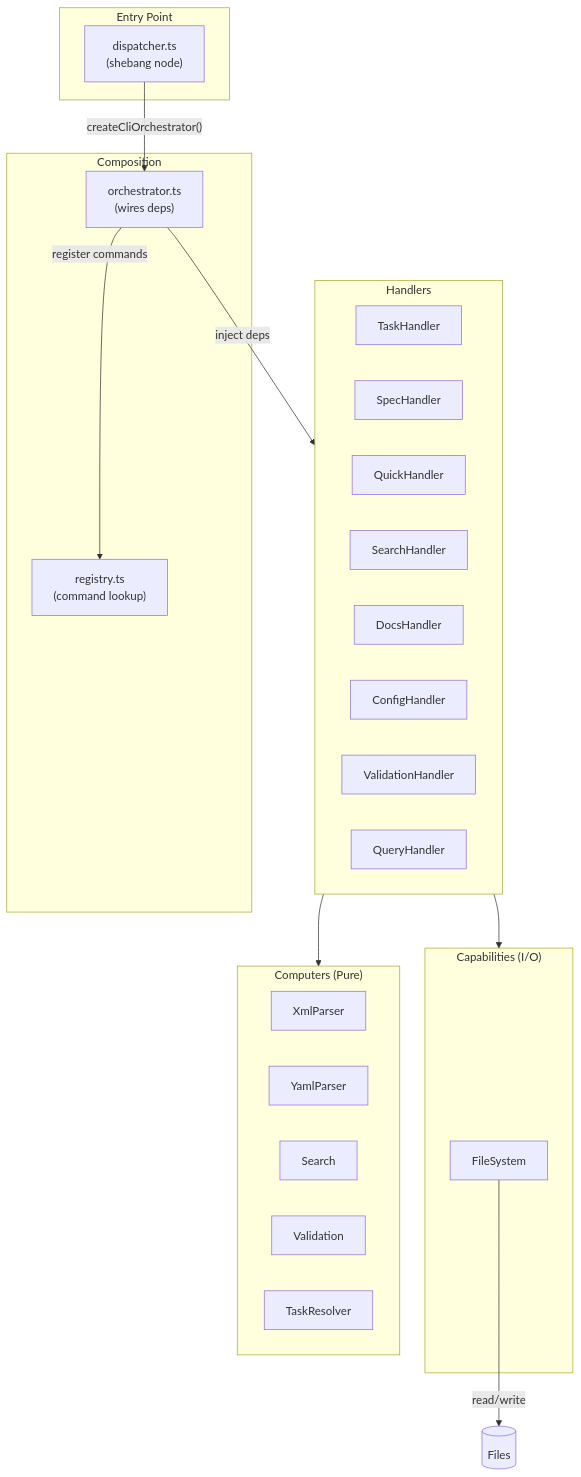
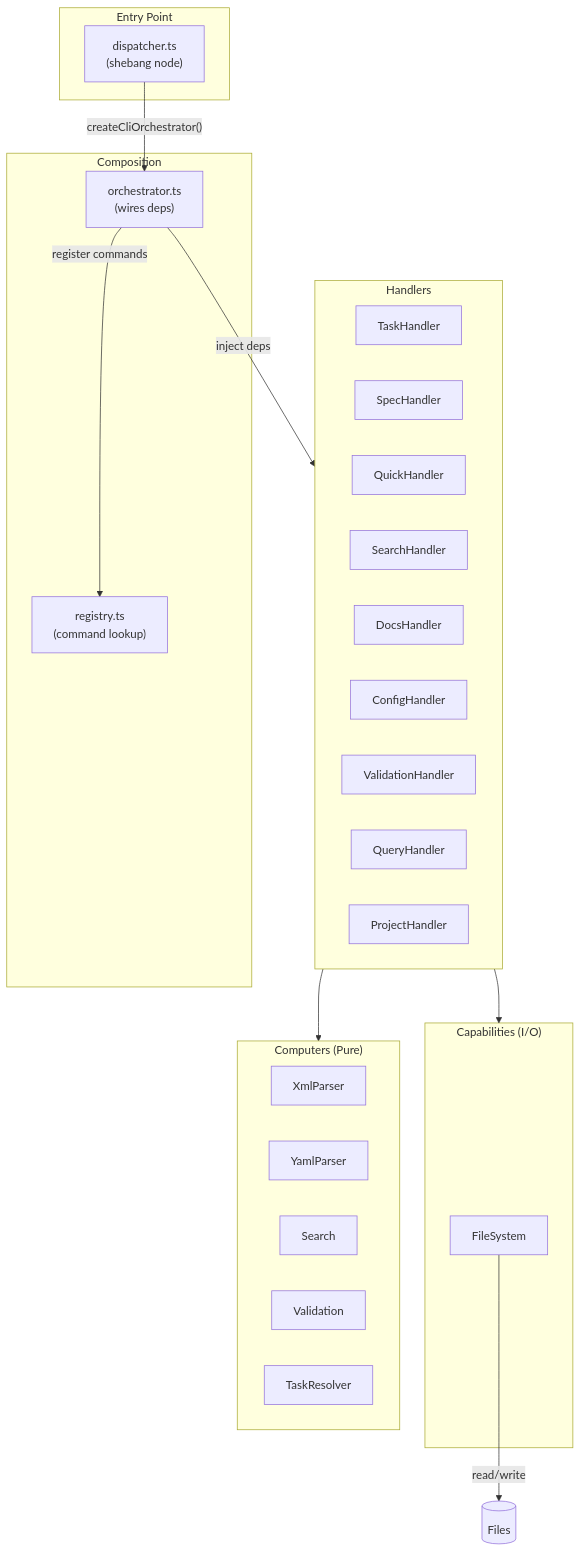
Before and after one commit to mattfletcher94/festinalente: the first of 2 diagrams in .festinalente/engineering/systems/cli/_index.md, drawn with Mermaid. The commit also changed other lines of this file and 9 other files, not shown here.

````diff
--- a/.festinalente/engineering/systems/cli/_index.md
+++ b/.festinalente/engineering/systems/cli/_index.md
@@ -63,43 +64,44 @@
 ```mermaid
 flowchart TB
     subgraph Entry["Entry Point"]
         DISP["dispatcher.ts<br/>(shebang node)"]
     end
 
     subgraph Composition["Composition"]
         ORCH["orchestrator.ts<br/>(wires deps)"]
         REG["registry.ts<br/>(command lookup)"]
     end
 
     subgraph Handlers["Handlers"]
         TASK["TaskHandler"]
         SPEC["SpecHandler"]
         QUICK["QuickHandler"]
         SEARCH["SearchHandler"]
         DOCS["DocsHandler"]
         CONFIG["ConfigHandler"]
         VALID["ValidationHandler"]
         QUERY["QueryHandler"]
+        PROJECT["ProjectHandler"]
     end
 
     subgraph Capabilities["Capabilities (I/O)"]
         FS["FileSystem"]
     end
 
     subgraph Computers["Computers (Pure)"]
         XML["XmlParser"]
         YAML["YamlParser"]
         SRCH["Search"]
         VAL["Validation"]
         TRES["TaskResolver"]
     end
 
     DISP -->|"createCliOrchestrator()"| ORCH
     ORCH -->|"register commands"| REG
     ORCH -->|"inject deps"| Handlers
 
     Handlers --> Capabilities
     Handlers --> Computers
 
     FS -->|"read/write"| DB[(Files)]
 ```
````
